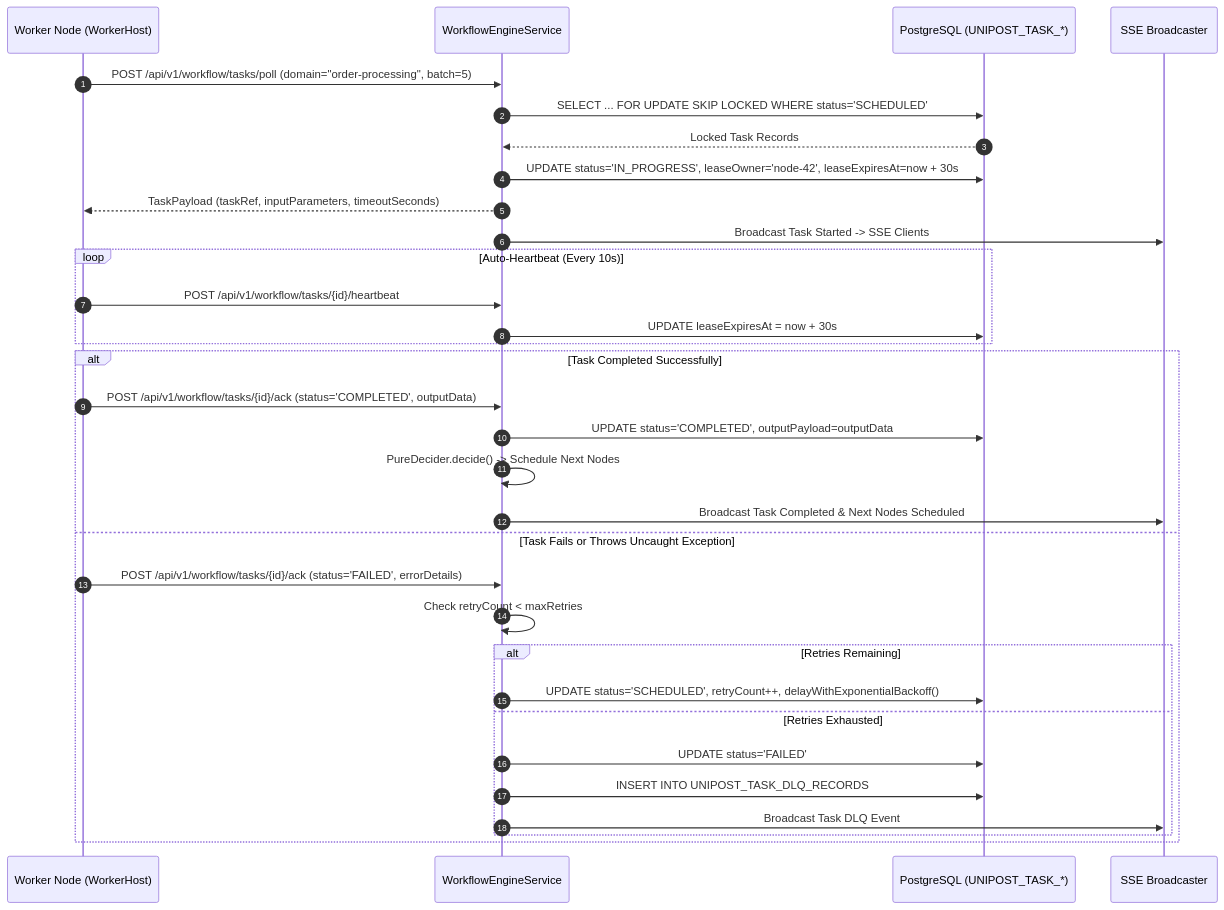
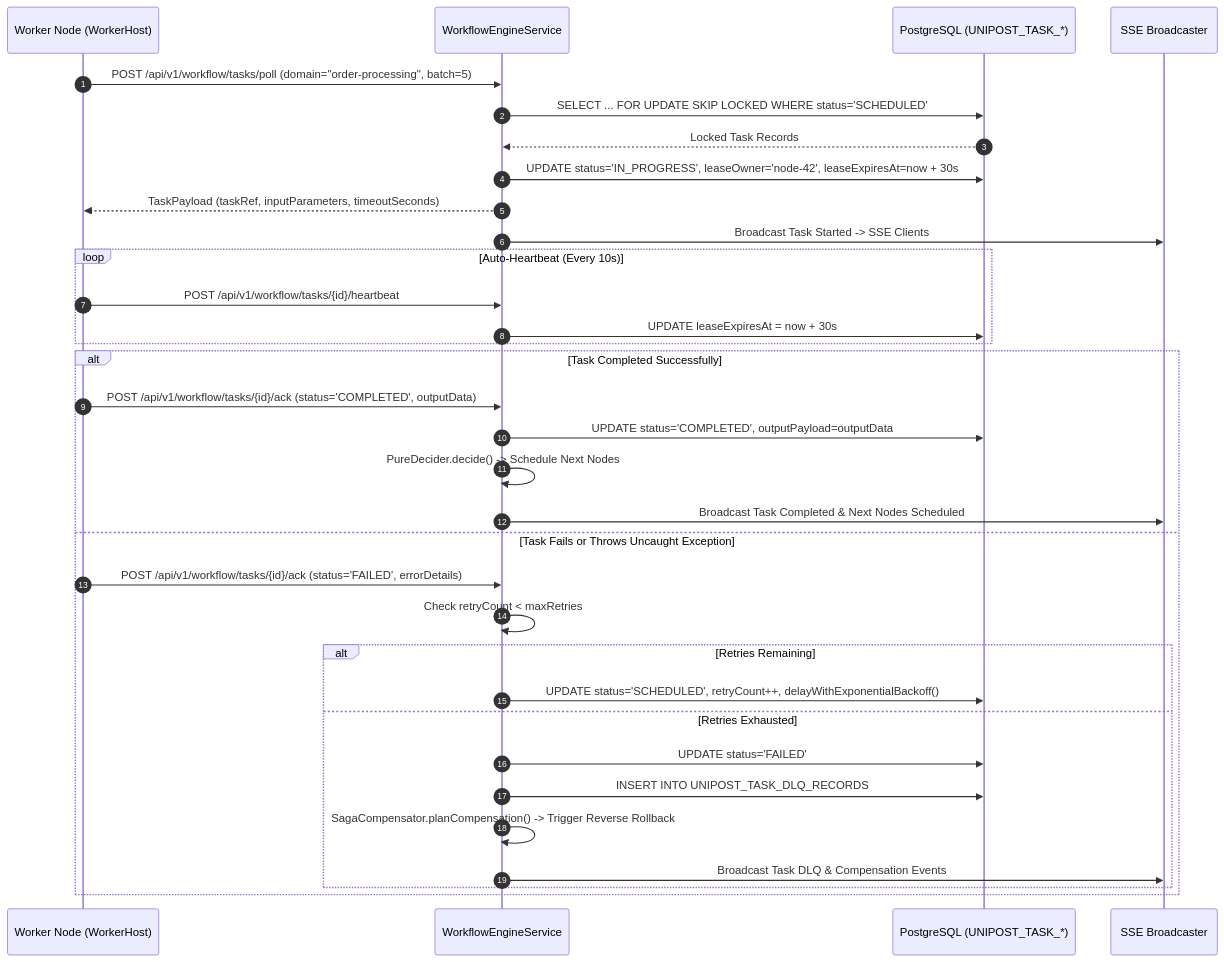
Before and after one commit to tamanle23/acc: the second of 3 diagrams in docs/workflow_orchestration_engine_architecture.md, drawn with Mermaid. The commit also changed other lines of this file and 36 other files, not shown here.

````diff
--- a/docs/workflow_orchestration_engine_architecture.md
+++ b/docs/workflow_orchestration_engine_architecture.md
@@ -171,37 +179,38 @@
 ```mermaid
 sequenceDiagram
     autonumber
     participant Worker as Worker Node (WorkerHost)
     participant Engine as WorkflowEngineService
     participant DB as PostgreSQL (UNIPOST_TASK_*)
     participant Broadcaster as SSE Broadcaster
 
     Worker->>Engine: POST /api/v1/workflow/tasks/poll (domain="order-processing", batch=5)
     Engine->>DB: SELECT ... FOR UPDATE SKIP LOCKED WHERE status='SCHEDULED'
     DB-->>Engine: Locked Task Records
     Engine->>DB: UPDATE status='IN_PROGRESS', leaseOwner='node-42', leaseExpiresAt=now + 30s
     Engine-->>Worker: TaskPayload (taskRef, inputParameters, timeoutSeconds)
     Engine->>Broadcaster: Broadcast Task Started -> SSE Clients
 
     loop Auto-Heartbeat (Every 10s)
         Worker->>Engine: POST /api/v1/workflow/tasks/{id}/heartbeat
         Engine->>DB: UPDATE leaseExpiresAt = now + 30s
     end
 
     alt Task Completed Successfully
         Worker->>Engine: POST /api/v1/workflow/tasks/{id}/ack (status='COMPLETED', outputData)
         Engine->>DB: UPDATE status='COMPLETED', outputPayload=outputData
         Engine->>Engine: PureDecider.decide() -> Schedule Next Nodes
         Engine->>Broadcaster: Broadcast Task Completed & Next Nodes Scheduled
     else Task Fails or Throws Uncaught Exception
         Worker->>Engine: POST /api/v1/workflow/tasks/{id}/ack (status='FAILED', errorDetails)
         Engine->>Engine: Check retryCount < maxRetries
         alt Retries Remaining
             Engine->>DB: UPDATE status='SCHEDULED', retryCount++, delayWithExponentialBackoff()
         else Retries Exhausted
             Engine->>DB: UPDATE status='FAILED'
             Engine->>DB: INSERT INTO UNIPOST_TASK_DLQ_RECORDS
-            Engine->>Broadcaster: Broadcast Task DLQ Event
+            Engine->>Engine: SagaCompensator.planCompensation() -> Trigger Reverse Rollback
+            Engine->>Broadcaster: Broadcast Task DLQ & Compensation Events
         end
     end
 ```
````
